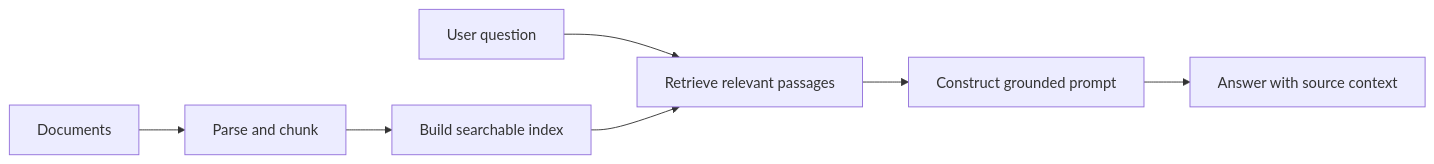
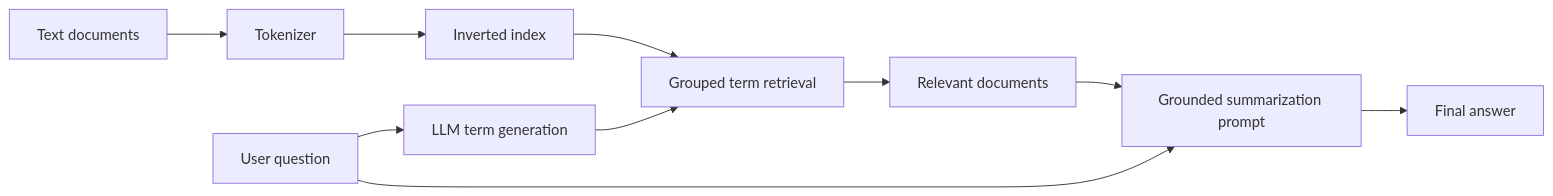
Before and after one commit to arnavpraveen/docuquest: the diagram in README.md, drawn with Mermaid. The commit also changed other lines of this file, not shown here.

Commit message:
Document verified DocuQuest architecture

````diff
--- a/README.md
+++ b/README.md
@@ -11,9 +7,12 @@
 ```mermaid
 flowchart LR
-    A[Documents] --> B[Parse and chunk]
-    B --> C[Build searchable index]
-    D[User question] --> E[Retrieve relevant passages]
-    C --> E
-    E --> F[Construct grounded prompt]
-    F --> G[Answer with source context]
+    A[Text documents] --> B[Tokenizer]
+    B --> C[Inverted index]
+    D[User question] --> E[LLM term generation]
+    E --> F[Grouped term retrieval]
+    C --> F
+    F --> G[Relevant documents]
+    G --> H[Grounded summarization prompt]
+    D --> H
+    H --> I[Final answer]
 ```
````
